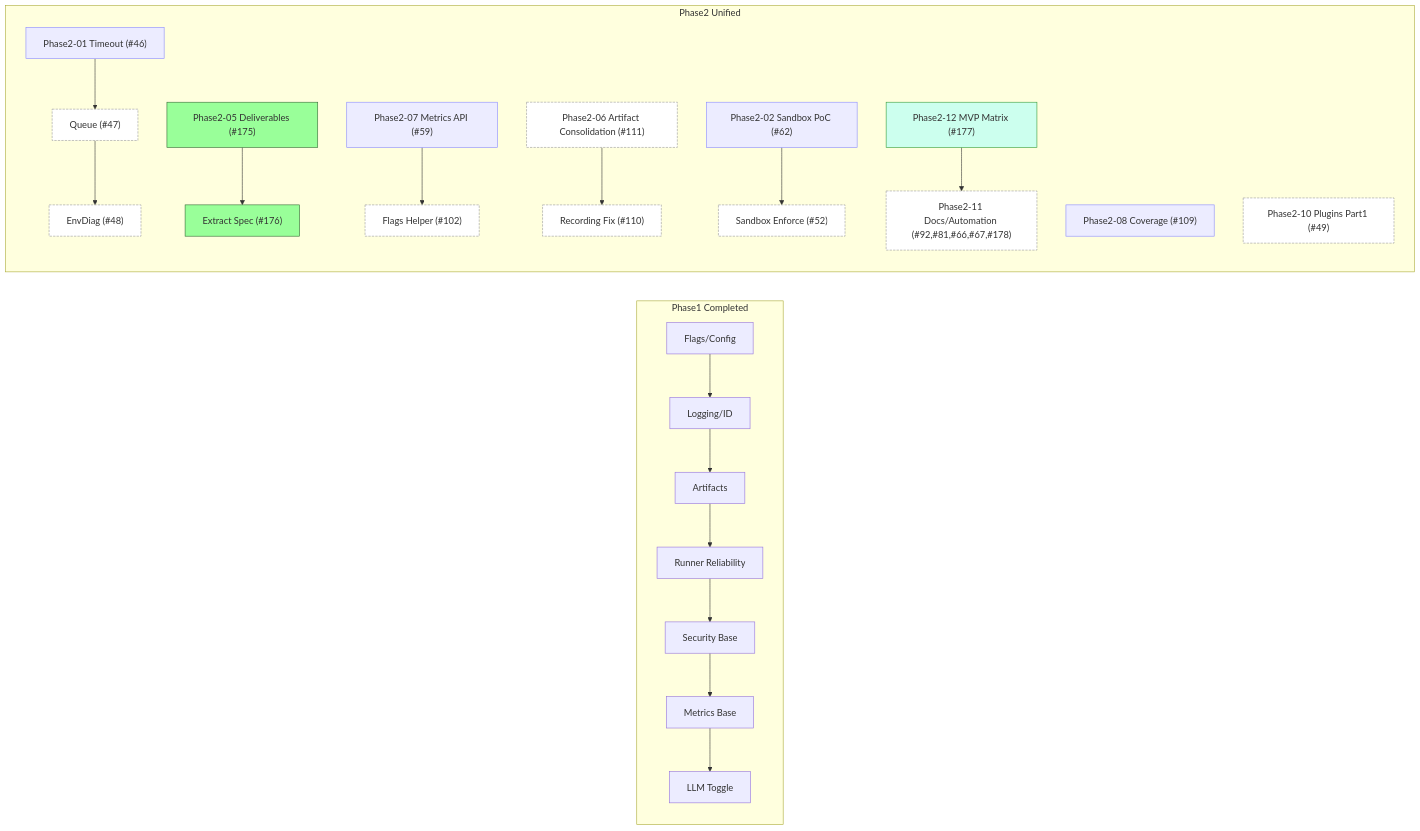
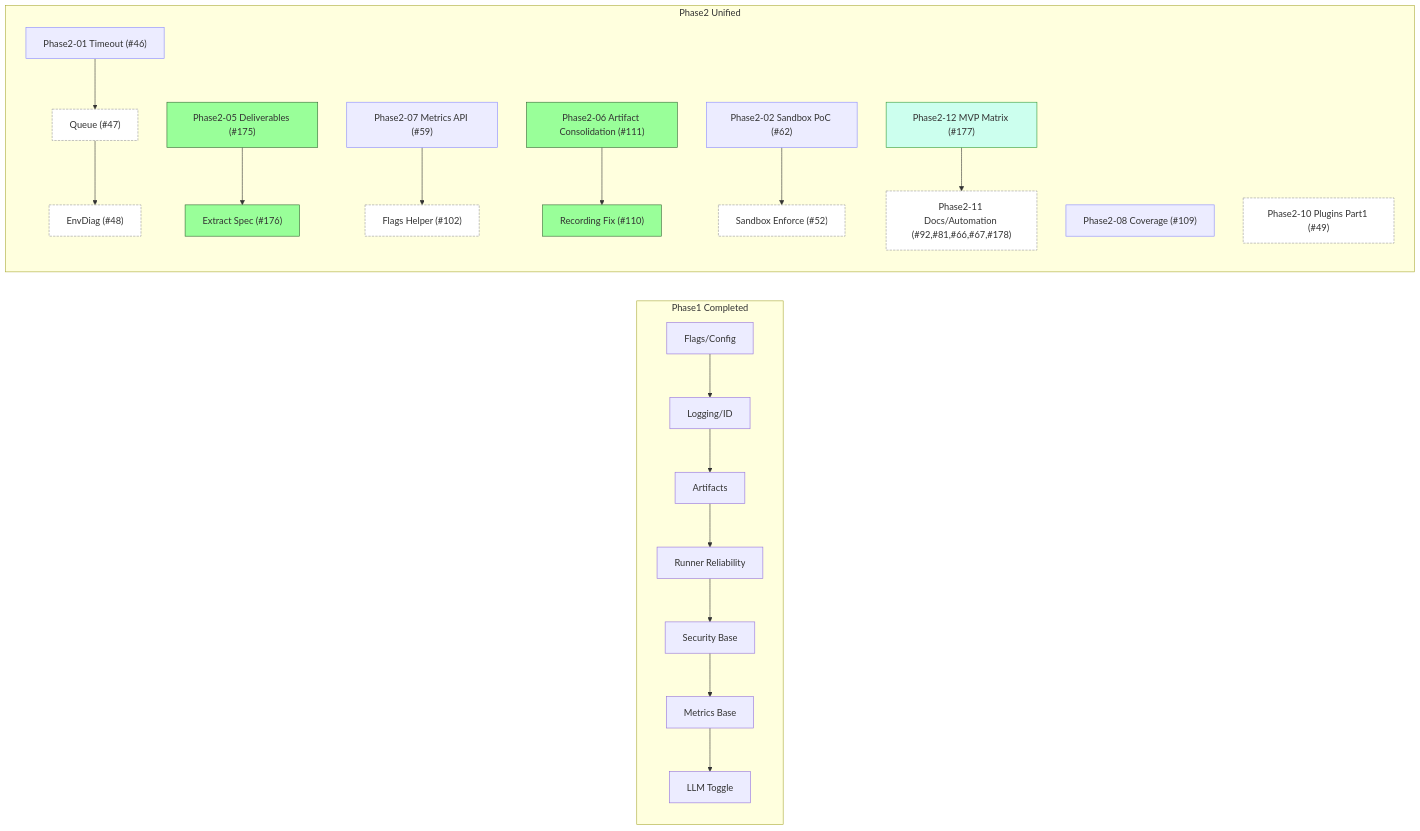
One commit to Nobukins/2bykilt changed the diagram in docs/roadmap/ROADMAP.md. Above: the diagram before and after it, drawn with Mermaid. The commit also changed other lines of this file and 7 other files, not shown here.

````diff
--- a/docs/roadmap/ROADMAP.md
+++ b/docs/roadmap/ROADMAP.md
@@ -190,20 +190,20 @@
 ```mermaid
 graph LR
     subgraph A[Phase1 Completed]
       A1[Flags/Config] --> A2[Logging/ID] --> A3[Artifacts] --> A4[Runner Reliability] --> A5[Security Base] --> A6[Metrics Base] --> A7[LLM Toggle]
     end
     subgraph P2[Phase2 Unified]
       P201["Phase2-01 Timeout (#46)"]:::planned --> P201b["Queue (#47)"]:::future --> P201c["EnvDiag (#48)"]:::future
       P205["Phase2-05 Deliverables (#175)"]:::done --> P205b["Extract Spec (#176)"]:::done
       P207["Phase2-07 Metrics API (#59)"]:::planned --> P207b["Flags Helper (#102)"]:::future
-      P206["Phase2-06 Artifact Consolidation (#111)"]:::future --> P206b["Recording Fix (#110)"]:::future
+      P206["Phase2-06 Artifact Consolidation (#111)"]:::done --> P206b["Recording Fix (#110)"]:::done
       P208["Phase2-08 Coverage (#109)"]:::planned
       P202["Phase2-02 Sandbox PoC (#62)"]:::planned --> P202b["Sandbox Enforce (#52)"]:::future
       P210["Phase2-10 Plugins Part1 (#49)"]:::future
       P212["Phase2-12 MVP Matrix (#177)"]:::inprogress --> P211["Phase2-11 Docs/Automation (#92,#81,#66,#67,#178)"]:::future
     end
     classDef planned fil:#eef,stroke:#88f;
     classDef inprogress fill:#cfe,stroke:#393;
     classDef done fill:#9f9,stroke:#363;
     classDef future fill:#fff,stroke:#999,stroke-dasharray: 4 2;
 ```
````
